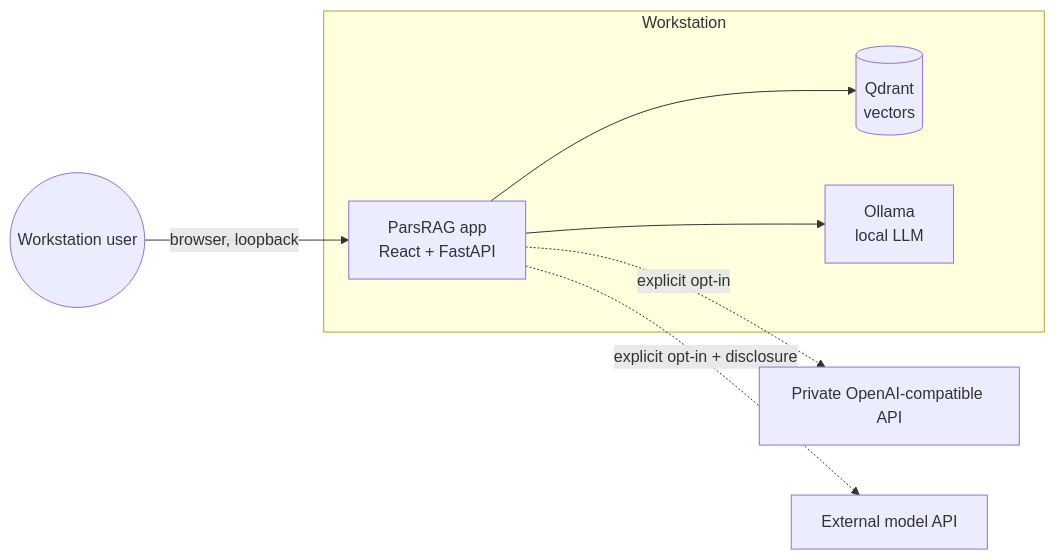
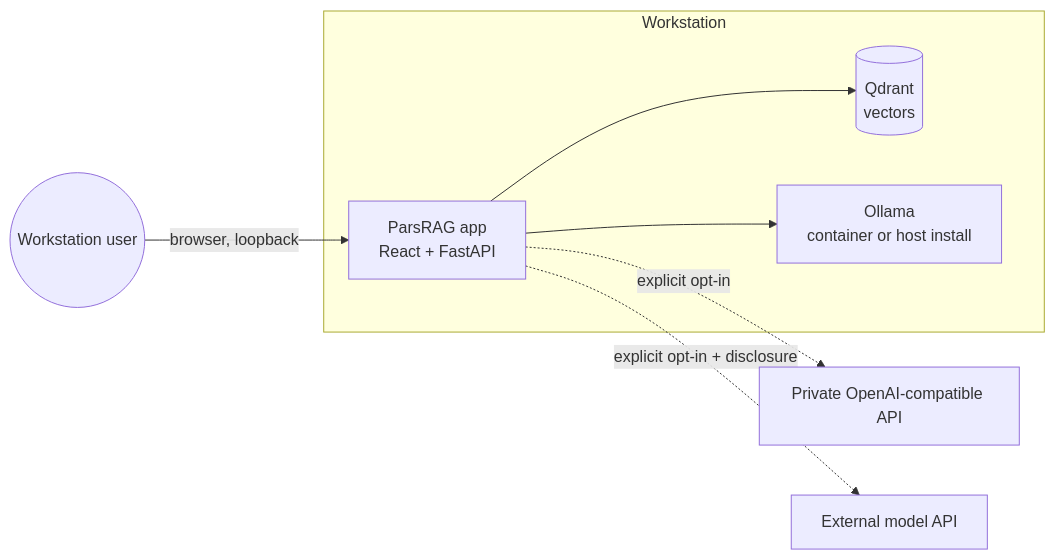
The first of 2 diagrams in ARCHITECTURE.md (Pooria82/ParsRAG), drawn with Mermaid before and after one commit. The commit also changed other lines of this file and 105 other files, not shown here.

````diff
--- a/ARCHITECTURE.md
+++ b/ARCHITECTURE.md
@@ -25,13 +25,13 @@
 ```mermaid
 flowchart LR
     User((Workstation user)) -->|browser, loopback| ParsRAG
     subgraph Workstation
         ParsRAG[ParsRAG app<br>React + FastAPI]
         Qdrant[(Qdrant<br>vectors)]
-        Ollama[Ollama<br>local LLM]
+        Ollama[Ollama<br>container or host install]
         ParsRAG --> Qdrant
         ParsRAG --> Ollama
     end
     ParsRAG -. explicit opt-in .-> Private[Private OpenAI-compatible API]
     ParsRAG -. explicit opt-in + disclosure .-> External[External model API]
 ```
````
